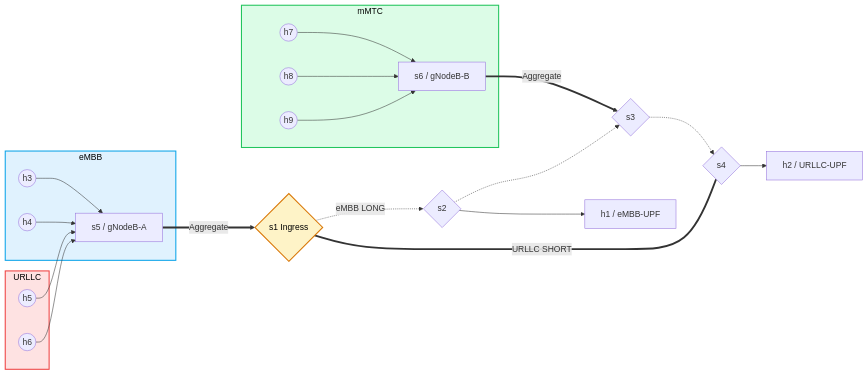
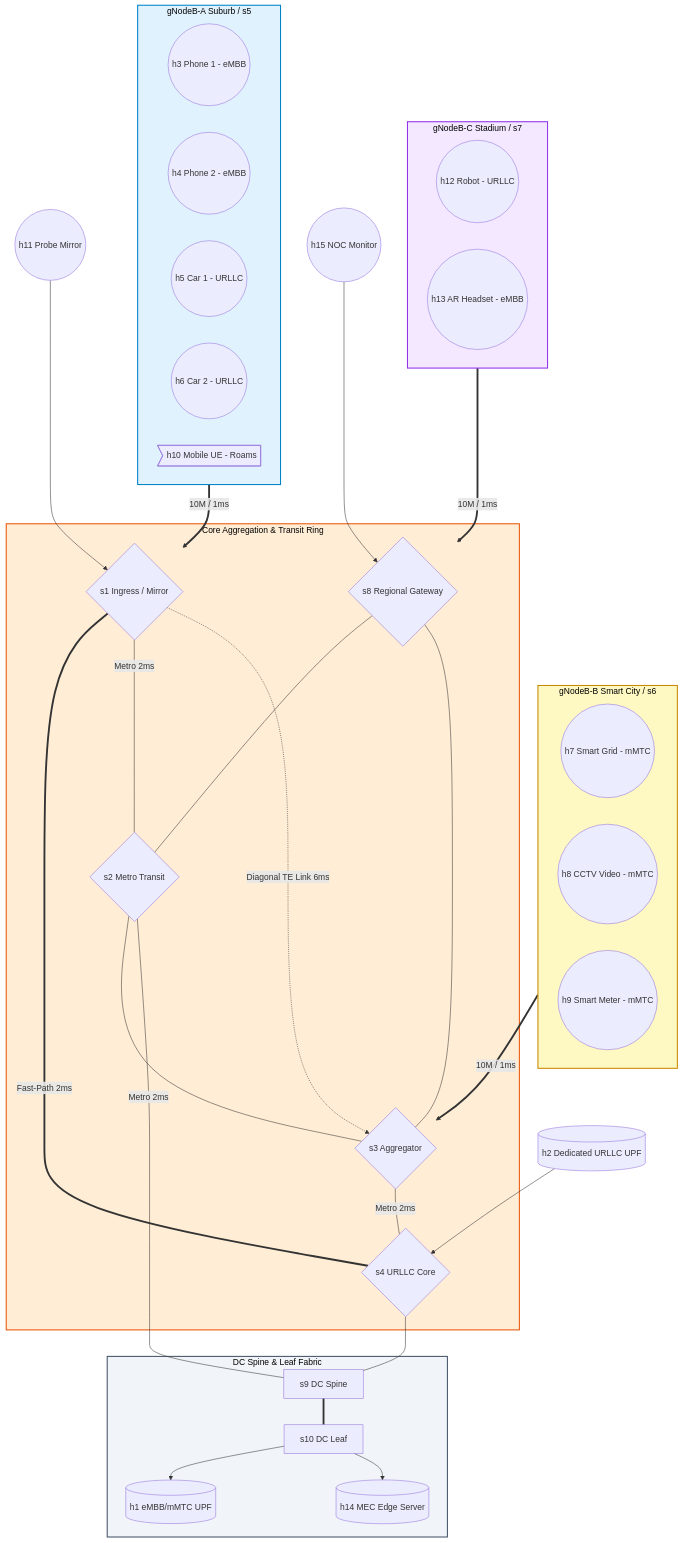
The diagram in README.md (Aadesh1106/astra-5g-slicing), drawn with Mermaid before and after one commit. The commit also changed other lines of this file and 2 other files, not shown here.

Commit message:
refactor(cleanup): remove redundant legacy scripts and modernize documentation for 10-switch fabric

````diff
--- a/README.md
+++ b/README.md
@@ -28,56 +28,71 @@
 ```mermaid
-flowchart LR
-    %% Devices
-    h3((h3))
-    h4((h4))
-    h5((h5))
-    h6((h6))
-    h7((h7))
-    h8((h8))
-    h9((h9))
-
-    %% Edge
-    s5[s5 / gNodeB-A]
-    s6[s6 / gNodeB-B]
-
-    %% Core
-    s1{s1 Ingress}
-    s2{s2}
-    s3{s3}
-    s4{s4}
-
-    %% UPFs
-    h1[h1 / eMBB-UPF]
-    h2[h2 / URLLC-UPF]
-
-    %% Connections
-    subgraph eMBB_Slice [eMBB]
-        h3 --> s5
-        h4 --> s5
-    end
-    
-    subgraph URLLC_Slice [URLLC]
-        h5 --> s5
-        h6 --> s5
-    end
-    
-    subgraph mMTC_Slice [mMTC]
-        h7 --> s6
-        h8 --> s6
-        h9 --> s6
+flowchart TD
+    %% RAN Edge Subgraphs
+    subgraph RAN_A [gNodeB-A Suburb / s5]
+        h3((h3 Phone 1 - eMBB))
+        h4((h4 Phone 2 - eMBB))
+        h5((h5 Car 1 - URLLC))
+        h6((h6 Car 2 - URLLC))
+        h10>h10 Mobile UE - Roams]
     end
 
-    s5 ==>|Aggregate| s1
-    s6 ==>|Aggregate| s3
+    subgraph RAN_B [gNodeB-B Smart City / s6]
+        h7((h7 Smart Grid - mMTC))
+        h8((h8 CCTV Video - mMTC))
+        h9((h9 Smart Meter - mMTC))
+    end
 
-    s1 -.->|eMBB LONG| s2 -.-> s3 -.-> s4
-    s1 ===|URLLC SHORT| s4
+    subgraph RAN_C [gNodeB-C Stadium / s7]
+        h12((h12 Robot - URLLC))
+        h13((h13 AR Headset - eMBB))
+    end
 
-    s2 --> h1
-    s4 --> h2
+    %% Core Transit Ring & Gateway
+    subgraph Core_Ring [Core Aggregation & Transit Ring]
+        s1{s1 Ingress / Mirror}
+        s2{s2 Metro Transit}
+        s3{s3 Aggregator}
+        s4{s4 URLLC Core}
+        s8{s8 Regional Gateway}
+    end
 
-    style eMBB_Slice fill:#e0f2fe,stroke:#0ea5e9,stroke-width:2px,color:#000
-    style URLLC_Slice fill:#fee2e2,stroke:#ef4444,stroke-width:2px,color:#000
-    style mMTC_Slice fill:#dcfce7,stroke:#22c55e,stroke-width:2px,color:#000
-    style s1 fill:#fef3c7,stroke:#d97706,stroke-width:2px,color:#000
+    %% Data Center
+    subgraph Data_Center [DC Spine & Leaf Fabric]
+        s9[s9 DC Spine]
+        s10[s10 DC Leaf]
+        h1[(h1 eMBB/mMTC UPF)]
+        h14[(h14 MEC Edge Server)]
+    end
+
+    %% Infrastructure Hosts
+    h11((h11 Probe Mirror)) --> s1
+    h2[(h2 Dedicated URLLC UPF)] --> s4
+    h15((h15 NOC Monitor)) --> s8
+
+    %% Uplinks
+    RAN_A ==>|10M / 1ms| s1
+    RAN_B ==>|10M / 1ms| s3
+    RAN_C ==>|10M / 1ms| s8
+
+    %% Ring & Core Interconnects
+    s1 ===|Fast-Path 2ms| s4
+    s1 ---|Metro 2ms| s2
+    s2 ---|Metro 2ms| s3
+    s3 ---|Metro 2ms| s4
+    s1 -.->|Diagonal TE Link 6ms| s3
+    s8 --- s2
+    s8 --- s3
+
+    %% DC Interconnects
+    s2 --- s9
+    s4 --- s9
+    s9 === s10
+    s10 --> h1
+    s10 --> h14
+
+    style RAN_A fill:#e0f2fe,stroke:#0284c7,stroke-width:2px,color:#000
+    style RAN_B fill:#fef9c3,stroke:#ca8a04,stroke-width:2px,color:#000
+    style RAN_C fill:#f3e8ff,stroke:#9333ea,stroke-width:2px,color:#000
+    style Core_Ring fill:#ffedd5,stroke:#ea580c,stroke-width:2px,color:#000
+    style Data_Center fill:#f1f5f9,stroke:#475569,stroke-width:2px,color:#000
 ```
````
